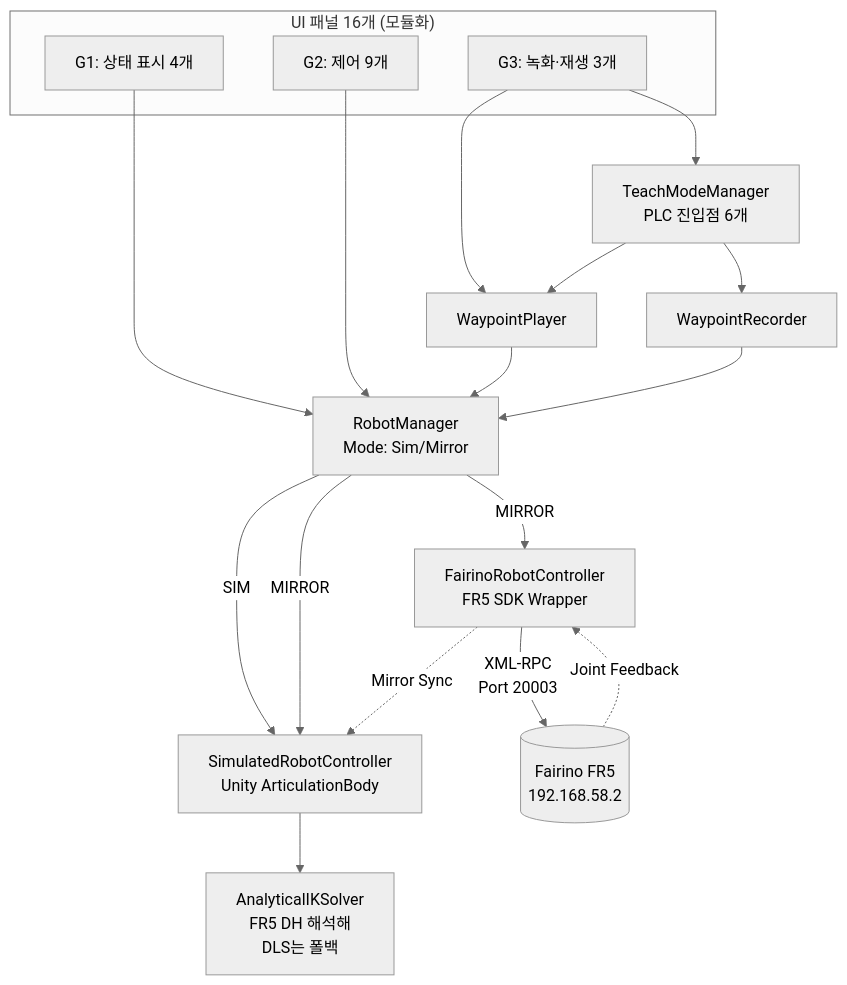
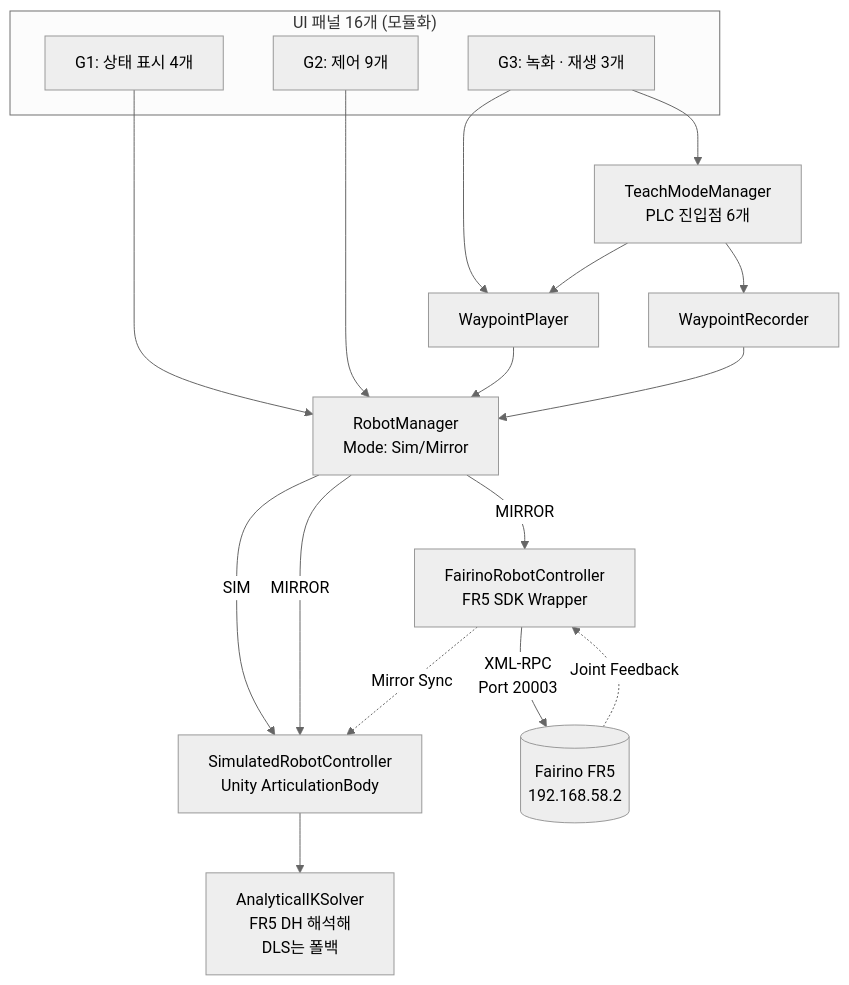
One commit to kimar1022-code/fairino-fr5-digital-twin-v2 changed the diagram in README.md. Above: the diagram before and after it, drawn with Mermaid (neutral theme). The commit also changed other lines of this file, not shown here.

````diff
--- a/README.md
+++ b/README.md
@@ -54,34 +54,34 @@
 ```mermaid
 flowchart TD
     subgraph Panels["UI 패널 16개 (모듈화)"]
         G1[G1: 상태 표시 4개]
         G2[G2: 제어 9개]
-        G3[G3: 녹화·재생 3개]
+        G3[G3: 녹화 · 재생 3개]
     end
 
     Mgr[RobotManager<br/>Mode: Sim/Mirror]
     Teach[TeachModeManager<br/>PLC 진입점 6개]
     Rec[WaypointRecorder]
     Player[WaypointPlayer]
     Sim[SimulatedRobotController<br/>Unity ArticulationBody]
     Real[FairinoRobotController<br/>FR5 SDK Wrapper]
     IK[AnalyticalIKSolver<br/>FR5 DH 해석해<br/>DLS는 폴백]
     Robot[(Fairino FR5<br/>192.168.58.2)]
 
     G1 --> Mgr
     G2 --> Mgr
     G3 --> Teach
     G3 --> Player
     Teach --> Rec
     Teach --> Player
     Player --> Mgr
     Rec --> Mgr
 
     Mgr -->|SIM| Sim
     Mgr -->|MIRROR| Sim
     Mgr -->|MIRROR| Real
     Sim --> IK
     Real -->|XML-RPC<br/>Port 20003| Robot
     Robot -.->|Joint Feedback| Real
     Real -.->|Mirror Sync| Sim
 ```
````
